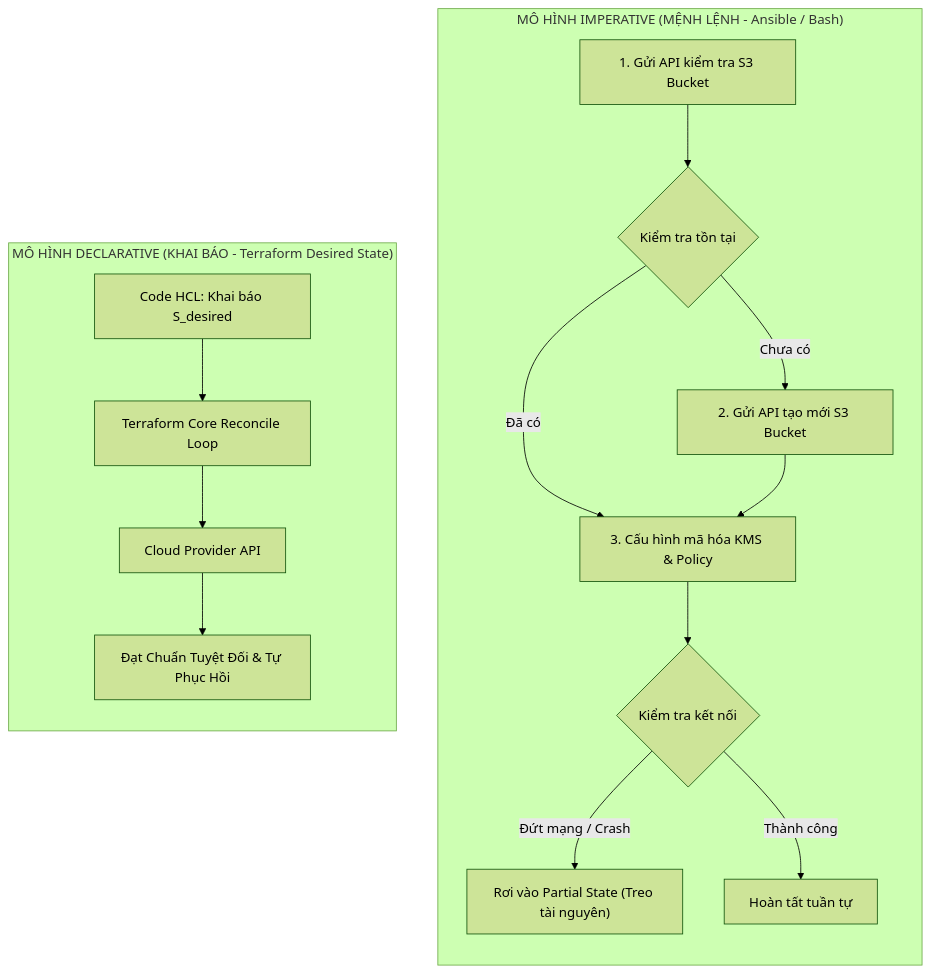
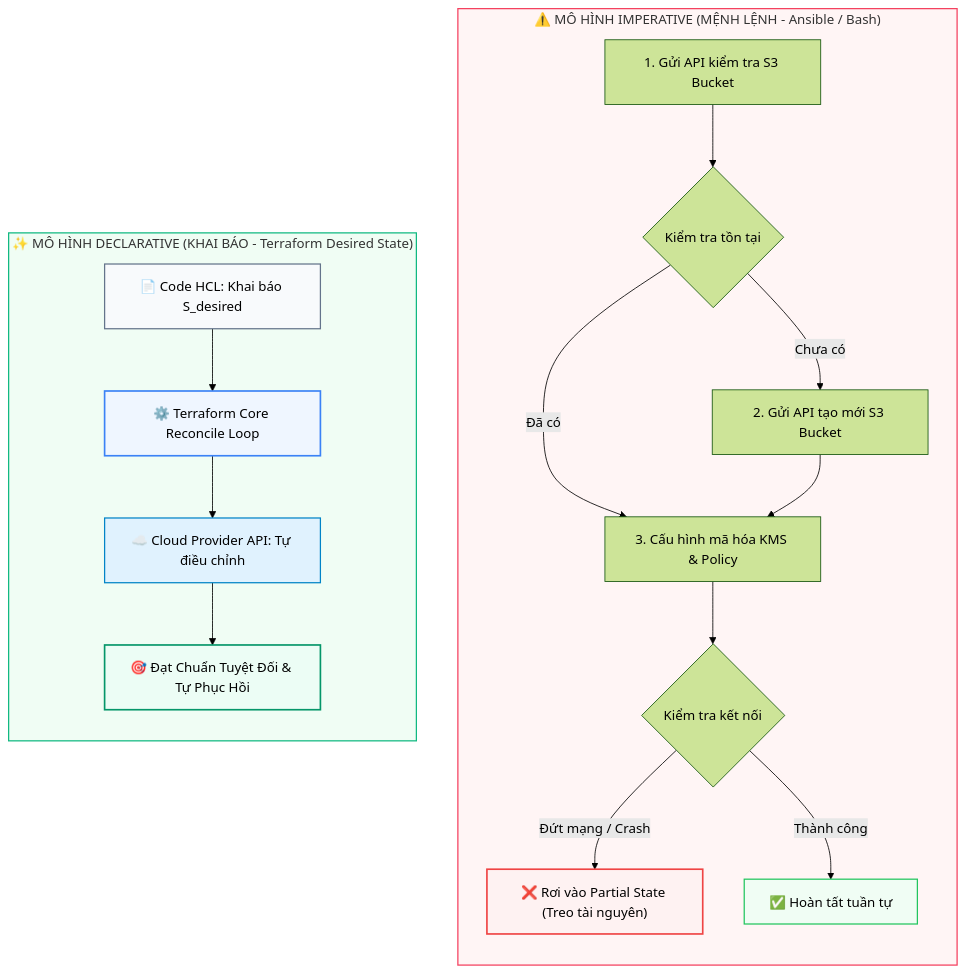
Before and after one commit to kiennt308/ntk: the first of 3 diagrams in _posts/2026-09-13-terraform-01-01-tu-duy-declarative-iac-so-sanh-thuc-chien-terraform-ansible-pulumi.md, drawn with Mermaid (forest theme). The commit also changed other lines of this file and 1 other file, not shown here.

Commit message:
feat(mermaid): add rich theme styling and vibrant colors to post 01 diagrams

````diff
--- a/_posts/2026-09-13-terraform-01-01-tu-duy-declarative-iac-so-sanh-thuc-chien-terraform-ansible-pulumi.md
+++ b/_posts/2026-09-13-terraform-01-01-tu-duy-declarative-iac-so-sanh-thuc-chien-terraform-ansible-pulumi.md
@@ -35,20 +35,29 @@
 ```mermaid
 flowchart TB
-    subgraph IMP["MÔ HÌNH IMPERATIVE (MỆNH LỆNH - Ansible / Bash)"]
+    subgraph IMP["⚠️ MÔ HÌNH IMPERATIVE (MỆNH LỆNH - Ansible / Bash)"]
         direction TB
         I1["1. Gửi API kiểm tra S3 Bucket"] --> I2{"Kiểm tra tồn tại"}
         I2 -->|Chưa có| I3["2. Gửi API tạo mới S3 Bucket"]
         I2 -->|Đã có| I4["3. Cấu hình mã hóa KMS & Policy"]
         I3 --> I4
         I4 --> I5{"Kiểm tra kết nối"}
-        I5 -->|Đứt mạng / Crash| I_ERR["Rơi vào Partial State (Treo tài nguyên)"]
-        I5 -->|Thành công| I_OK["Hoàn tất tuần tự"]
+        I5 -->|Đứt mạng / Crash| I_ERR["❌ Rơi vào Partial State (Treo tài nguyên)"]
+        I5 -->|Thành công| I_OK["✅ Hoàn tất tuần tự"]
     end
 
-    subgraph DEC["MÔ HÌNH DECLARATIVE (KHAI BÁO - Terraform Desired State)"]
+    subgraph DEC["✨ MÔ HÌNH DECLARATIVE (KHAI BÁO - Terraform Desired State)"]
         direction TB
-        D1["Code HCL: Khai báo S_desired"] --> D2["Terraform Core Reconcile Loop"]
-        D2 --> D3["Cloud Provider API"]
-        D3 --> D4["Đạt Chuẩn Tuyệt Đối & Tự Phục Hồi"]
+        D1["📄 Code HCL: Khai báo S_desired"] --> D2["⚙️ Terraform Core Reconcile Loop"]
+        D2 --> D3["☁️ Cloud Provider API: Tự điều chỉnh"]
+        D3 --> D4["🎯 Đạt Chuẩn Tuyệt Đối & Tự Phục Hồi"]
     end
+
+    style IMP fill:#fff5f5,stroke:#f43f5e,stroke-width:1.5px
+    style DEC fill:#f0fdf4,stroke:#10b981,stroke-width:1.5px
+    style I_ERR fill:#fef2f2,stroke:#ef4444,stroke-width:2px
+    style I_OK fill:#f0fdf4,stroke:#22c55e,stroke-width:1.5px
+    style D1 fill:#f8fafc,stroke:#64748b,stroke-width:1.5px
+    style D2 fill:#eff6ff,stroke:#3b82f6,stroke-width:2px
+    style D3 fill:#e0f2fe,stroke:#0284c7,stroke-width:1.5px
+    style D4 fill:#ecfdf5,stroke:#059669,stroke-width:2px
 ```
````
